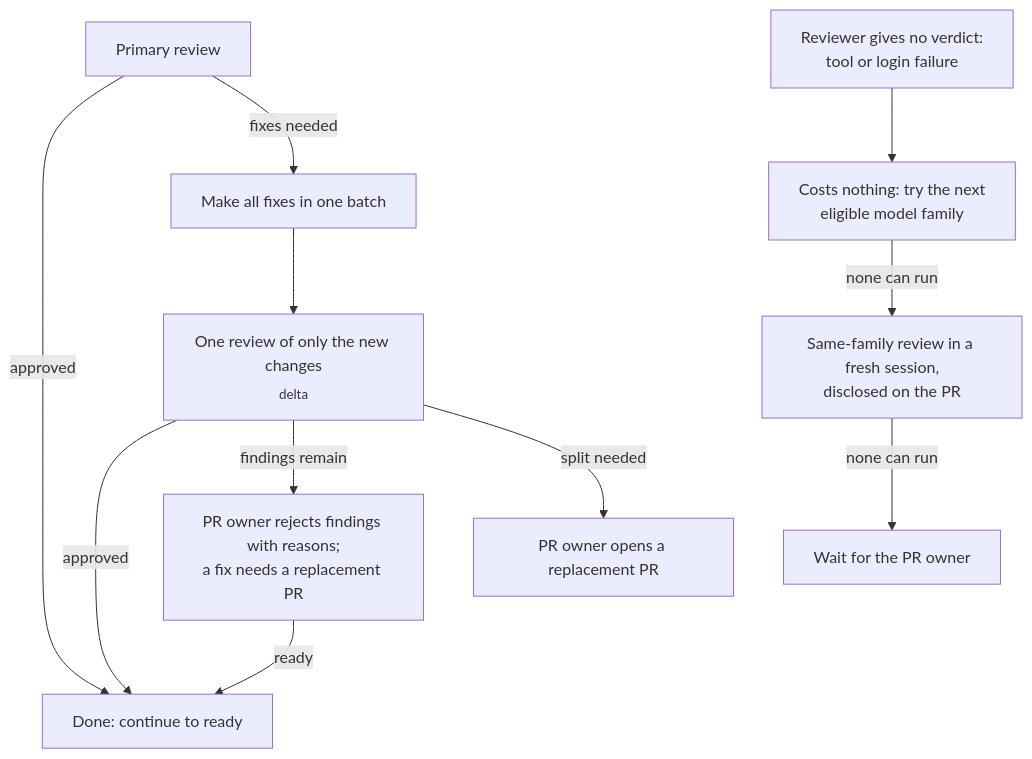
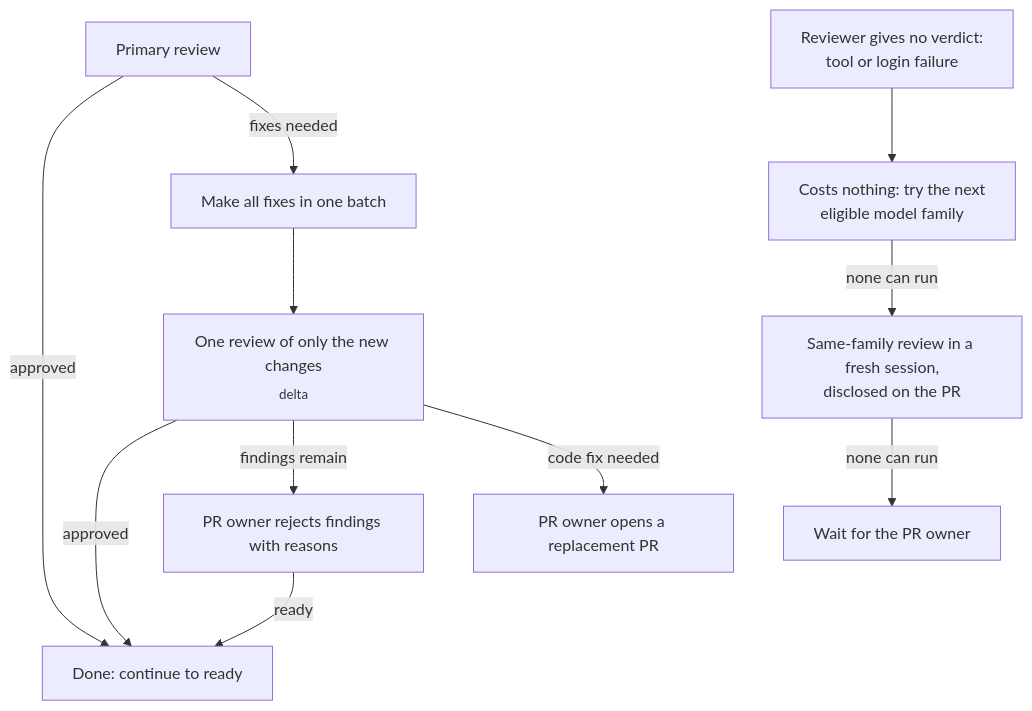
The second of 3 diagrams in docs/WORKFLOW.md (feder-positronics/loop-zero), drawn with Mermaid before and after one commit. The commit also changed other lines of this file and 3 other files, not shown here.

````diff
--- a/docs/WORKFLOW.md
+++ b/docs/WORKFLOW.md
@@ -36,13 +38,13 @@
 ```mermaid
 flowchart TD
     A["Primary review"] -->|approved| Z["Done: continue to ready"]
     A -->|fixes needed| B["Make all fixes in one batch"]
     B --> C["One review of only the new changes<br/><sub>delta</sub>"]
     C -->|approved| Z
-    C -->|findings remain| D["PR owner rejects findings with reasons;<br/>a fix needs a replacement PR"]
+    C -->|findings remain| D["PR owner rejects findings with reasons"]
     D -->|ready| Z
-    C -->|split needed| E["PR owner opens a replacement PR"]
+    C -->|code fix needed| E["PR owner opens a replacement PR"]
     G["Reviewer gives no verdict:<br/>tool or login failure"] --> H["Costs nothing: try the next<br/>eligible model family"]
     H -->|none can run| J["Same-family review in a fresh session,<br/>disclosed on the PR"]
     J -->|none can run| I["Wait for the PR owner"]
 ```
````
